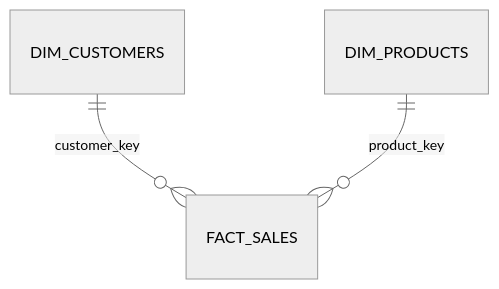
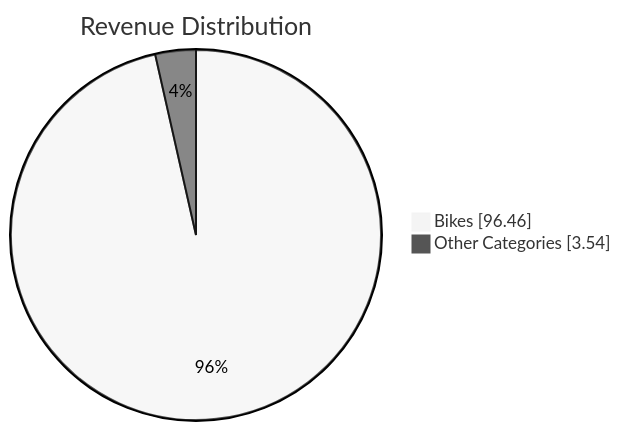
Before and after one commit to analytical-shruti/EDA_SQL: the first of 2 diagrams in README.md, drawn with Mermaid (neutral theme). The commit also changed other lines of this file, not shown here.

````diff
--- a/README.md
+++ b/README.md
@@ -35,5 +85,6 @@
 ```mermaid
-erDiagram
-    DIM_CUSTOMERS ||--o{ FACT_SALES : "customer_key"
-    DIM_PRODUCTS  ||--o{ FACT_SALES : "product_key"
+pie showData
+    title Revenue Distribution
+    "Bikes" : 96.46
+    "Other Categories" : 3.54
 ```
````
